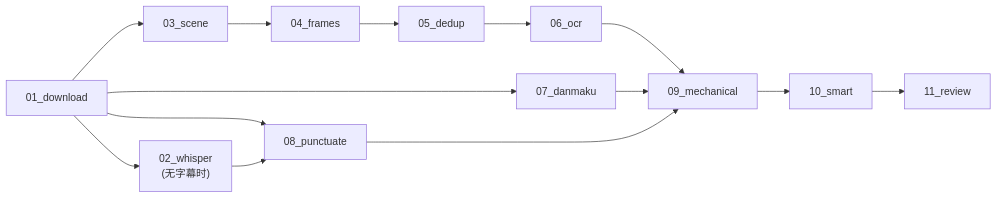
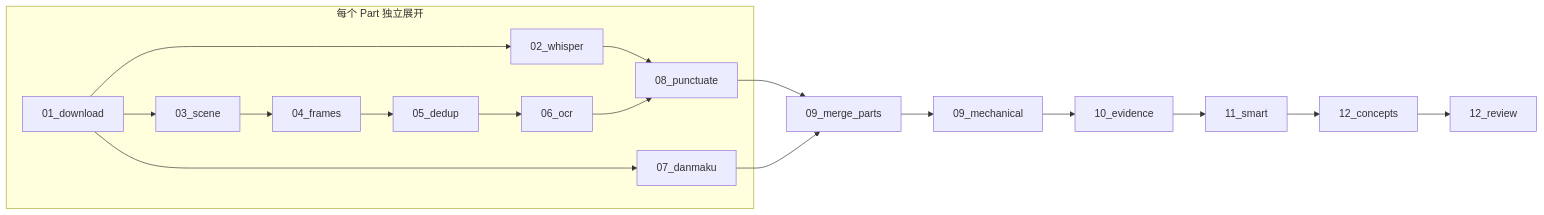
Before and after one commit to Gwzlchn/Flori: the diagram in docs/04-module-design/steps-video.md, drawn with Mermaid. The commit also changed other lines of this file and 98 other files, not shown here.

````diff
--- a/docs/04-module-design/steps-video.md
+++ b/docs/04-module-design/steps-video.md
@@ -7,19 +7,12 @@
 ```mermaid
 graph LR
-    DL["01_download"] --> Scene["03_scene"]
-    Scene --> Frames["04_frames"]
-    Frames --> Dedup["05_dedup"]
-    Dedup --> OCR["06_ocr"]
-
-    DL --> Danmaku["07_danmaku"]
-    DL --> Punctuate["08_punctuate"]
-    DL --> Whisper["02_whisper<br/>(无字幕时)"]
-    Whisper --> Punctuate
-
-    OCR --> Mechanical["09_mechanical"]
-    Danmaku --> Mechanical
-    Punctuate --> Mechanical
-
-    Mechanical --> Smart["10_smart"]
-    Smart --> Review["11_review"]
+    subgraph Part["每个 Part 独立展开"]
+      DL["01_download"] --> Scene["03_scene"] --> Frames["04_frames"] --> Dedup["05_dedup"] --> OCR["06_ocr"]
+      DL --> Whisper["02_whisper"] --> Punctuate["08_punctuate"]
+      OCR --> Punctuate
+      DL --> Danmaku["07_danmaku"]
+    end
+    Punctuate --> Merge["09_merge_parts"]
+    Danmaku --> Merge
+    Merge --> Mechanical["09_mechanical"] --> Evidence["10_evidence"] --> Smart["11_smart"] --> Concepts["12_concepts"] --> Review["12_review"]
 ```
````
